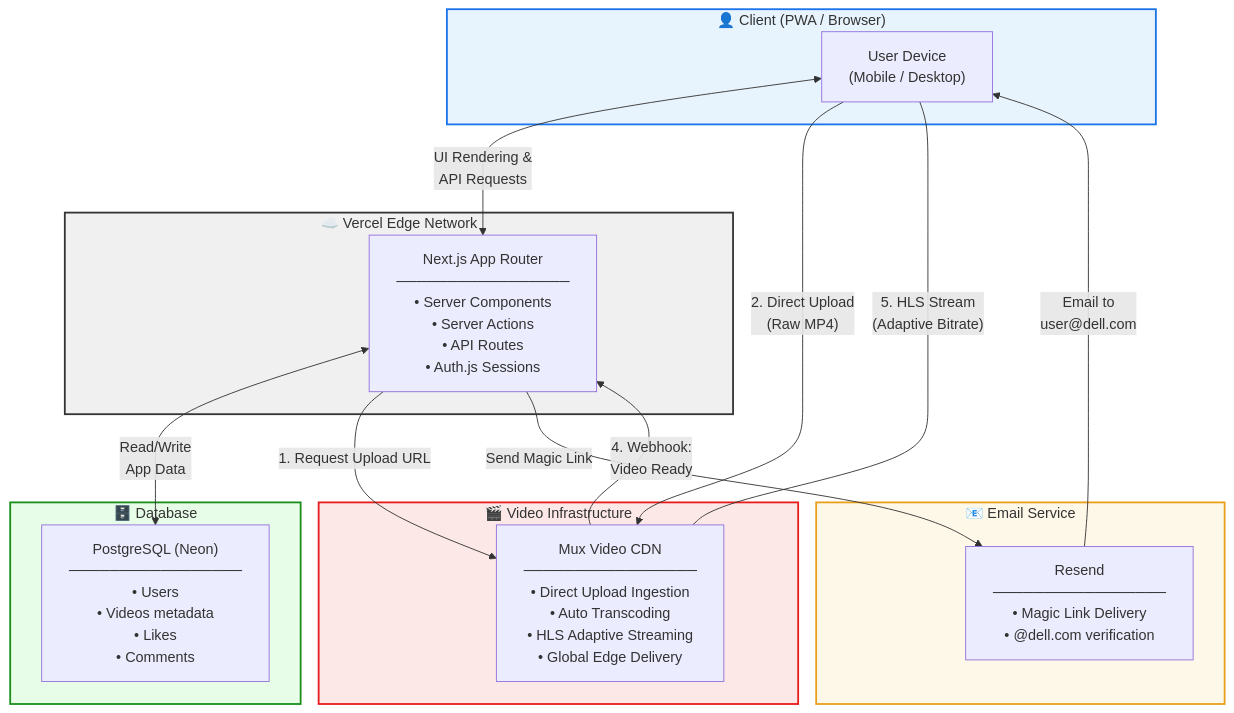
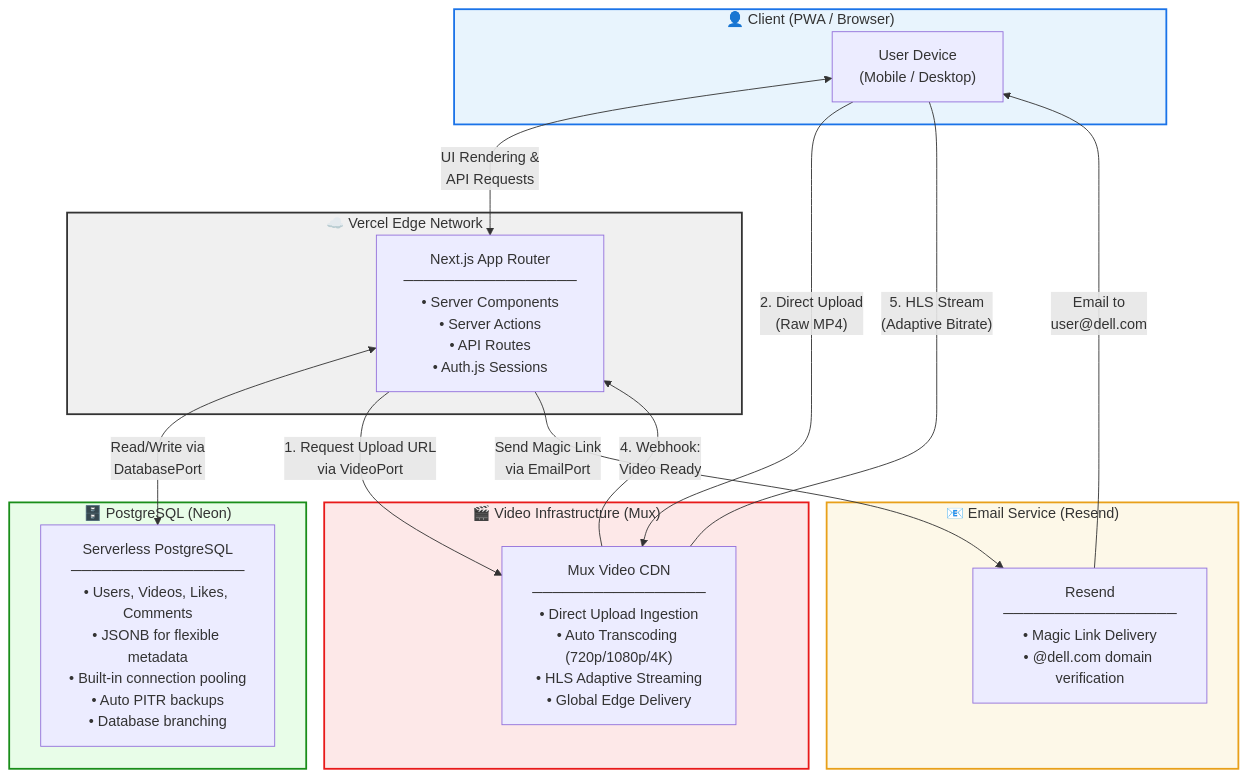
The second of 7 diagrams in specs/architecture.md (ShellyDCMS/DellClips), drawn with Mermaid before and after one commit. The commit also changed other lines of this file and 2 other files, not shown here.

Commit message:
add hexagonal architecture with ports and adapters, expand PostgreSQL rationale and infrastructure requirements

````diff
--- a/specs/architecture.md
+++ b/specs/architecture.md
@@ -41,37 +265,37 @@
 ```mermaid
 flowchart TB
     subgraph CLIENT ["👤 Client (PWA / Browser)"]
         A["User Device<br/>(Mobile / Desktop)"]
     end
 
     subgraph VERCEL ["☁️ Vercel Edge Network"]
         B["Next.js App Router<br/>─────────────────<br/>• Server Components<br/>• Server Actions<br/>• API Routes<br/>• Auth.js Sessions"]
     end
 
-    subgraph DATABASE ["🗄️ Database"]
-        C["PostgreSQL (Neon)<br/>─────────────────<br/>• Users<br/>• Videos metadata<br/>• Likes<br/>• Comments"]
+    subgraph DATABASE ["🗄️ PostgreSQL (Neon)"]
+        C["Serverless PostgreSQL<br/>─────────────────<br/>• Users, Videos, Likes, Comments<br/>• JSONB for flexible metadata<br/>• Built-in connection pooling<br/>• Auto PITR backups<br/>• Database branching"]
     end
 
-    subgraph VIDEO ["🎬 Video Infrastructure"]
-        D["Mux Video CDN<br/>─────────────────<br/>• Direct Upload Ingestion<br/>• Auto Transcoding<br/>• HLS Adaptive Streaming<br/>• Global Edge Delivery"]
+    subgraph VIDEO ["🎬 Video Infrastructure (Mux)"]
+        D["Mux Video CDN<br/>─────────────────<br/>• Direct Upload Ingestion<br/>• Auto Transcoding (720p/1080p/4K)<br/>• HLS Adaptive Streaming<br/>• Global Edge Delivery"]
     end
 
-    subgraph EMAIL ["📧 Email Service"]
-        E["Resend<br/>─────────────────<br/>• Magic Link Delivery<br/>• @dell.com verification"]
+    subgraph EMAIL ["📧 Email Service (Resend)"]
+        E["Resend<br/>─────────────────<br/>• Magic Link Delivery<br/>• @dell.com domain verification"]
     end
 
     A <-->|"UI Rendering &<br/>API Requests"| B
-    B <-->|"Read/Write<br/>App Data"| C
-    B -->|"1. Request Upload URL"| D
+    B <-->|"Read/Write via<br/>DatabasePort"| C
+    B -->|"1. Request Upload URL<br/>via VideoPort"| D
     D -->|"4. Webhook:<br/>Video Ready"| B
     A -->|"2. Direct Upload<br/>(Raw MP4)"| D
     A <---|"5. HLS Stream<br/>(Adaptive Bitrate)"| D
-    B -->|"Send Magic Link"| E
+    B -->|"Send Magic Link<br/>via EmailPort"| E
     E -->|"Email to<br/>user@dell.com"| A
 
     style CLIENT fill:#e8f4fd,stroke:#1a73e8,stroke-width:2px
     style VERCEL fill:#f0f0f0,stroke:#333,stroke-width:2px
     style DATABASE fill:#e8fde8,stroke:#1a8e1a,stroke-width:2px
     style VIDEO fill:#fde8e8,stroke:#e81a1a,stroke-width:2px
     style EMAIL fill:#fdf8e8,stroke:#e8a01a,stroke-width:2px
 ```
````
